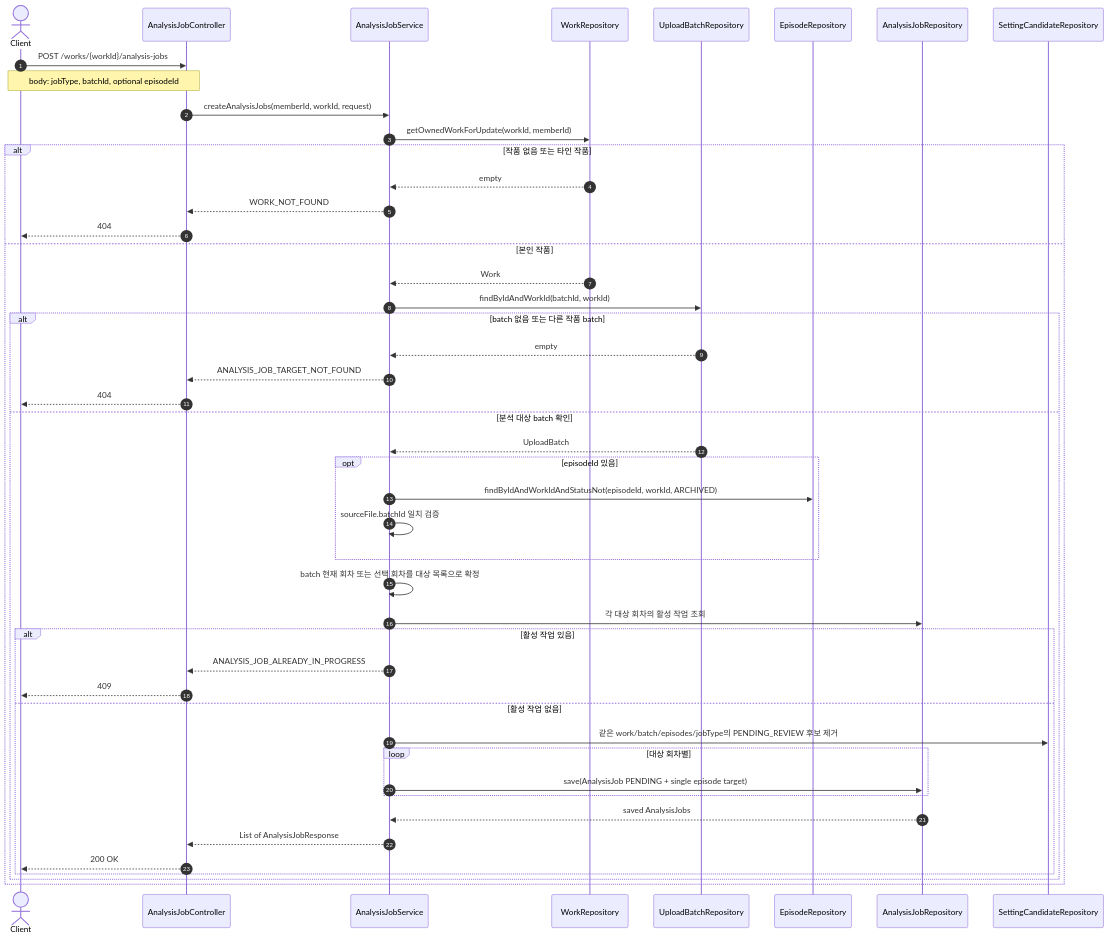
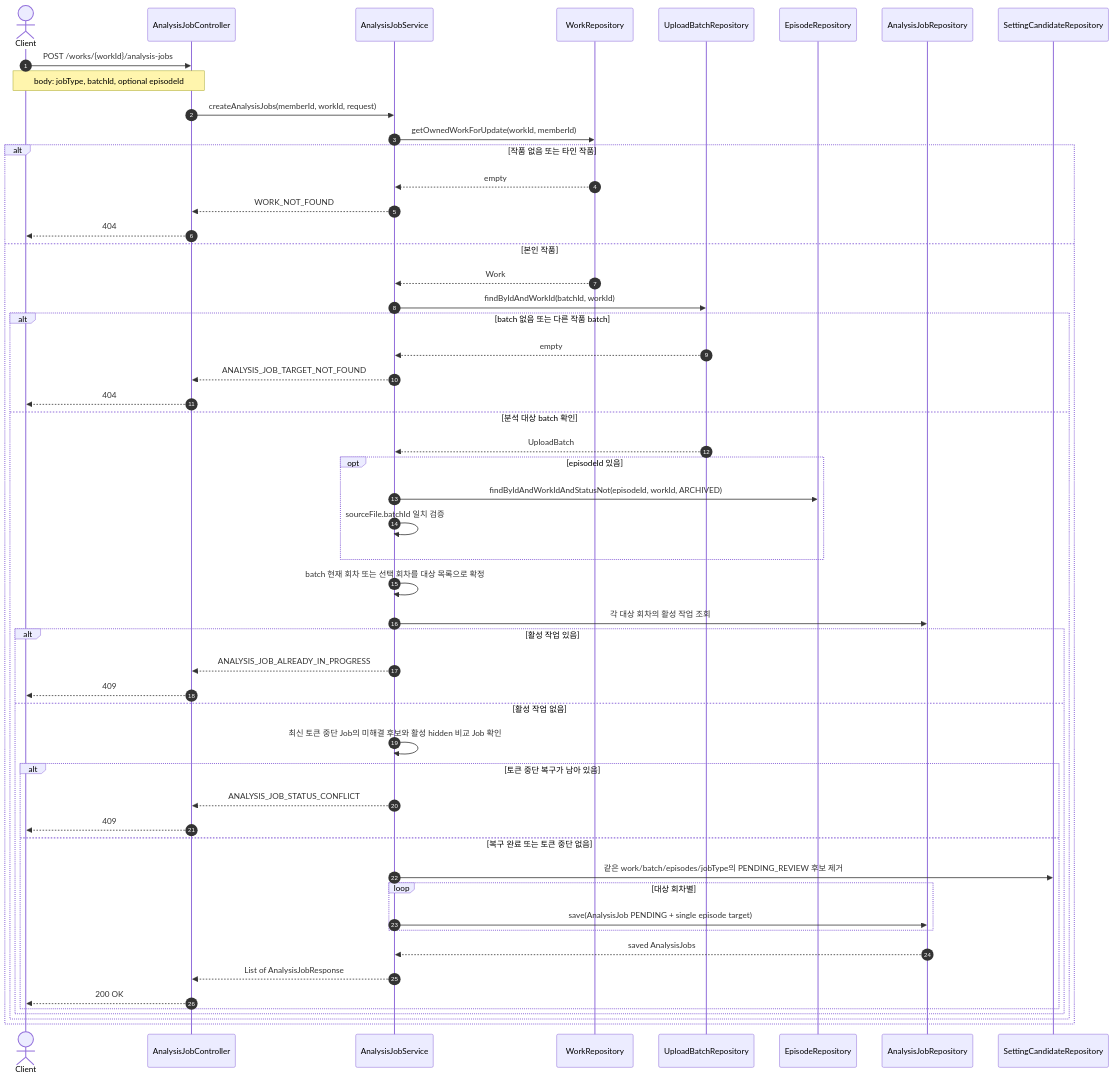
Before and after one commit to catchhole-soma/catchhole-backend-java: the fifth of 12 diagrams in docs/analysis-workflow.md, drawn with Mermaid. The commit also changed other lines of this file, not shown here.

Commit message:
docs(analysis): 토큰 중단 생성 guard 수명을 기록한다
- 분석 생성 순서에 최신 토큰 중단 Job의 미해결 후보와 활성 복구 Job 확인을 추가한다.

- 복구가 남아 있을 때는 생성을 차단하고 모두 완료 또는 기각되면 다시 허용하는 기준을 명시한다.

- 구현과 테스트 및 DB ERD 변경은 각각 별도 커밋으로 유지한다.

````diff
--- a/docs/analysis-workflow.md
+++ b/docs/analysis-workflow.md
@@ -141,50 +141,56 @@
 ```mermaid
 sequenceDiagram
     autonumber
     actor Client
     participant Controller as AnalysisJobController
     participant Service as AnalysisJobService
     participant WorkRepo as WorkRepository
     participant BatchRepo as UploadBatchRepository
     participant EpisodeRepo as EpisodeRepository
     participant JobRepo as AnalysisJobRepository
     participant CandidateRepo as SettingCandidateRepository
 
     Client->>Controller: POST /works/{workId}/analysis-jobs
     Note over Client,Controller: body: jobType, batchId, optional episodeId
     Controller->>Service: createAnalysisJobs(memberId, workId, request)
     Service->>WorkRepo: getOwnedWorkForUpdate(workId, memberId)
     alt 작품 없음 또는 타인 작품
         WorkRepo-->>Service: empty
         Service-->>Controller: WORK_NOT_FOUND
         Controller-->>Client: 404
     else 본인 작품
         WorkRepo-->>Service: Work
         Service->>BatchRepo: findByIdAndWorkId(batchId, workId)
         alt batch 없음 또는 다른 작품 batch
             BatchRepo-->>Service: empty
             Service-->>Controller: ANALYSIS_JOB_TARGET_NOT_FOUND
             Controller-->>Client: 404
         else 분석 대상 batch 확인
             BatchRepo-->>Service: UploadBatch
             opt episodeId 있음
                 Service->>EpisodeRepo: findByIdAndWorkIdAndStatusNot(episodeId, workId, ARCHIVED)
                 Service->>Service: sourceFile.batchId 일치 검증
             end
             Service->>Service: batch 현재 회차 또는 선택 회차를 대상 목록으로 확정
             Service->>JobRepo: 각 대상 회차의 활성 작업 조회
             alt 활성 작업 있음
                 Service-->>Controller: ANALYSIS_JOB_ALREADY_IN_PROGRESS
                 Controller-->>Client: 409
             else 활성 작업 없음
-                Service->>CandidateRepo: 같은 work/batch/episodes/jobType의 PENDING_REVIEW 후보 제거
-                loop 대상 회차별
-                    Service->>JobRepo: save(AnalysisJob PENDING + single episode target)
+                Service->>Service: 최신 토큰 중단 Job의 미해결 후보와 활성 hidden 비교 Job 확인
+                alt 토큰 중단 복구가 남아 있음
+                    Service-->>Controller: ANALYSIS_JOB_STATUS_CONFLICT
+                    Controller-->>Client: 409
+                else 복구 완료 또는 토큰 중단 없음
+                    Service->>CandidateRepo: 같은 work/batch/episodes/jobType의 PENDING_REVIEW 후보 제거
+                    loop 대상 회차별
+                        Service->>JobRepo: save(AnalysisJob PENDING + single episode target)
+                    end
+                    JobRepo-->>Service: saved AnalysisJobs
+                    Service-->>Controller: List of AnalysisJobResponse
+                    Controller-->>Client: 200 OK
                 end
-                JobRepo-->>Service: saved AnalysisJobs
-                Service-->>Controller: List of AnalysisJobResponse
-                Controller-->>Client: 200 OK
             end
         end
     end
 ```
````
